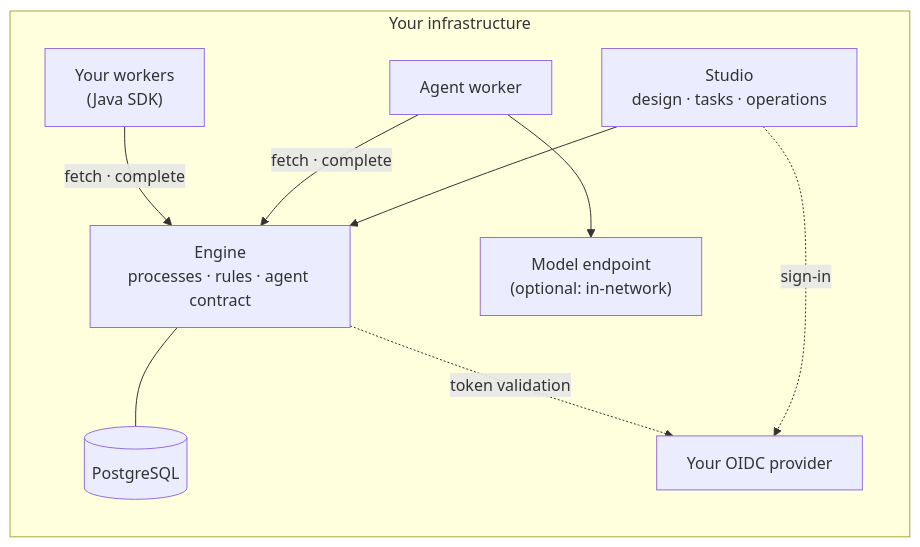
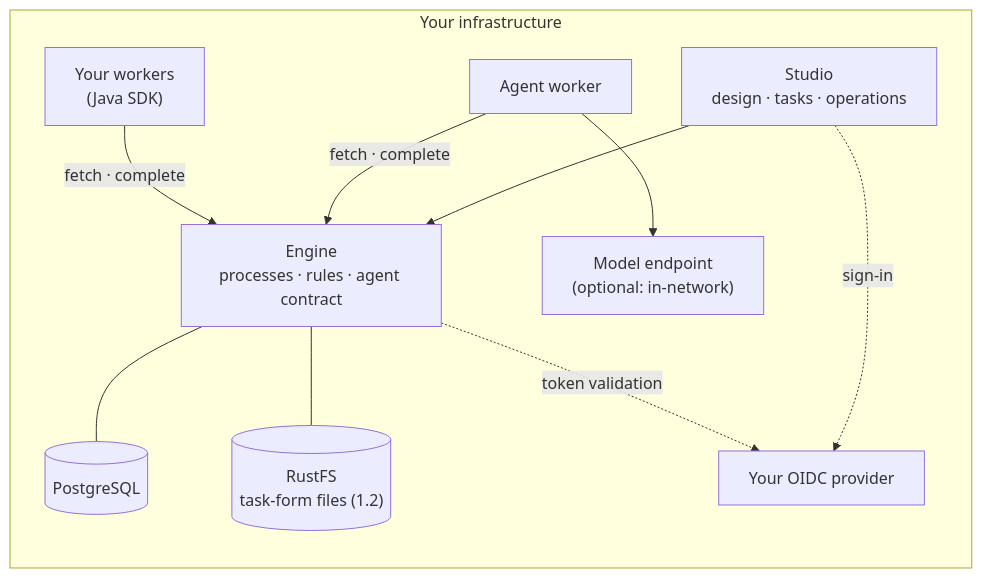
One commit to bashizip/abada-platform changed the diagram in README.md. Above: the diagram before and after it, drawn with Mermaid. The commit also changed other lines of this file and 16 other files, not shown here.

````diff
--- a/README.md
+++ b/README.md
@@ -156,19 +156,21 @@
 ```mermaid
 flowchart LR
   subgraph infra["Your infrastructure"]
     studio["Studio<br/>design · tasks · operations"]
     engine["Engine<br/>processes · rules · agent contract"]
     db[("PostgreSQL")]
+    files[("RustFS<br/>task-form files (1.2)")]
     worker["Agent worker"]
     workers["Your workers<br/>(Java SDK)"]
     idp["Your OIDC provider"]
     model["Model endpoint<br/>(optional: in-network)"]
   end
   studio --> engine
   engine --- db
+  engine --- files
   worker -- "fetch · complete" --> engine
   workers -- "fetch · complete" --> engine
   worker --> model
   studio -. sign-in .-> idp
   engine -. token validation .-> idp
 ```
````
